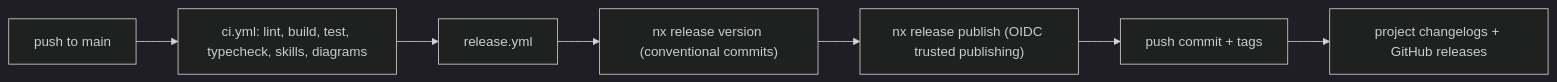
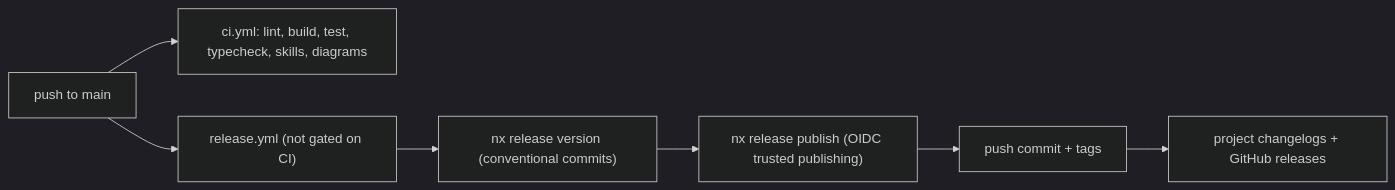
Before and after one commit to nx-devkit/nx.ts: the diagram in docs/diagrams/release-flow.mmd, drawn with Mermaid (dark theme). The commit also changed 19 other files, not shown here.

```diff
--- a/docs/diagrams/release-flow.mmd
+++ b/docs/diagrams/release-flow.mmd
@@ -1,7 +1,7 @@
 flowchart LR
   PR["push to main"] --> CI["ci.yml: lint, build, test, typecheck, skills, diagrams"]
-  CI --> REL["release.yml"]
+  PR --> REL["release.yml (not gated on CI)"]
   REL --> VER["nx release version (conventional commits)"]
   VER --> PUB["nx release publish (OIDC trusted publishing)"]
   PUB --> TAG["push commit + tags"]
   TAG --> CH["project changelogs + GitHub releases"]
```
